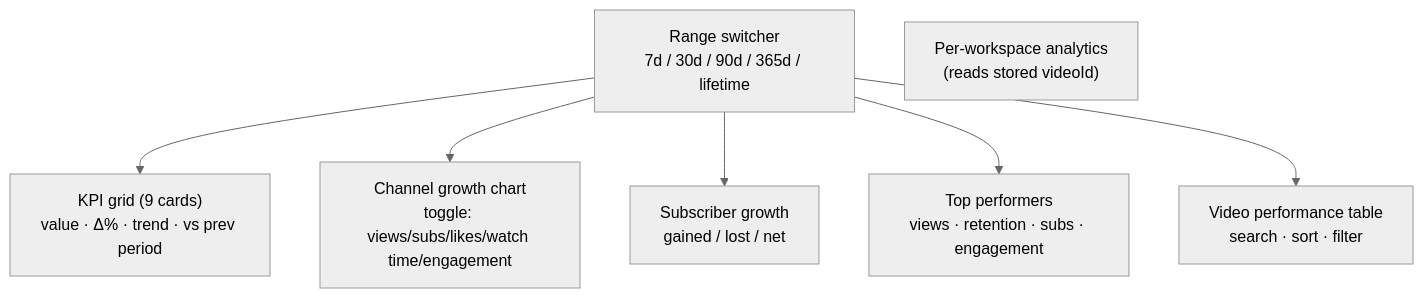
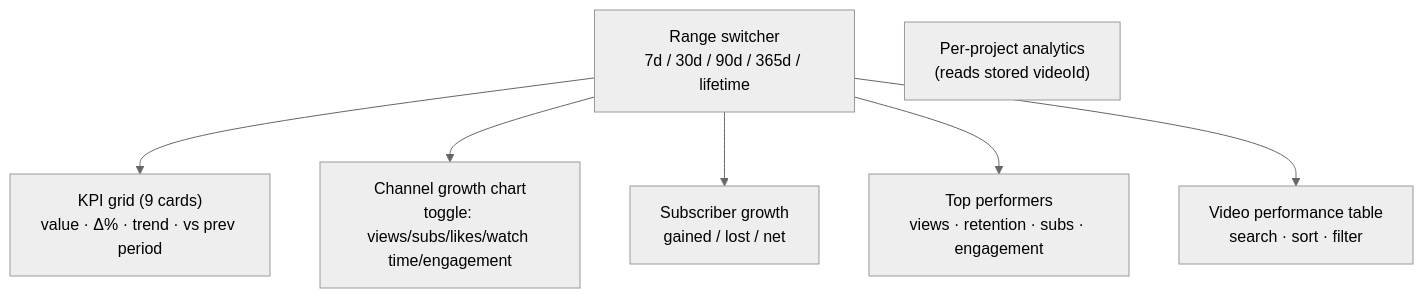
One commit to KunalMehra075/Alpha-shorts changed the third of 5 diagrams in docs/Analytics-Plan.md. Above: the diagram before and after it, drawn with Mermaid (neutral theme). The commit also changed other lines of this file and 55 other files, not shown here.

````diff
--- a/docs/Analytics-Plan.md
+++ b/docs/Analytics-Plan.md
@@ -55,10 +55,10 @@
 ```mermaid
 flowchart TD
   RANGE["Range switcher<br/>7d / 30d / 90d / 365d / lifetime"]
   RANGE --> KPI["KPI grid (9 cards)<br/>value · Δ% · trend · vs prev period"]
   RANGE --> GROW["Channel growth chart<br/>toggle: views/subs/likes/watch time/engagement"]
   RANGE --> SUBS["Subscriber growth<br/>gained / lost / net"]
   RANGE --> TOP["Top performers<br/>views · retention · subs · engagement"]
   RANGE --> TABLE["Video performance table<br/>search · sort · filter"]
-  WS["Per-workspace analytics<br/>(reads stored videoId)"]
+  WS["Per-project analytics<br/>(reads stored videoId)"]
 ```
````
